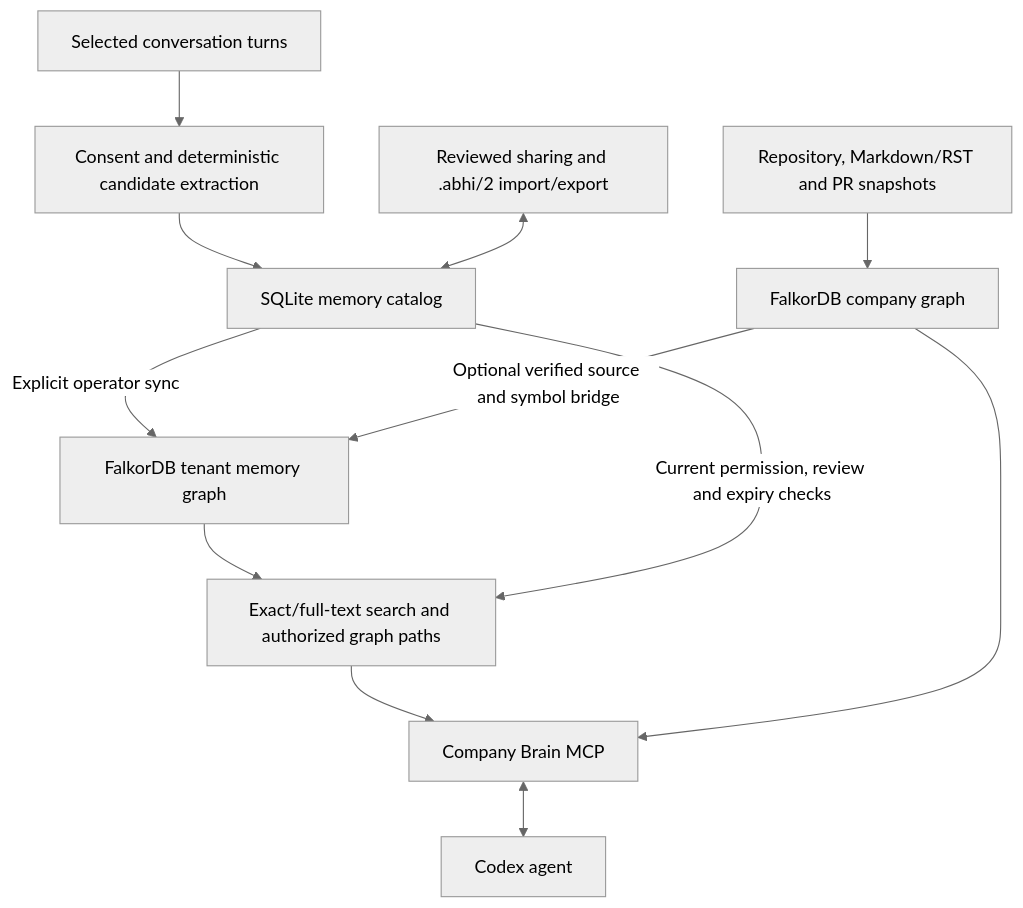
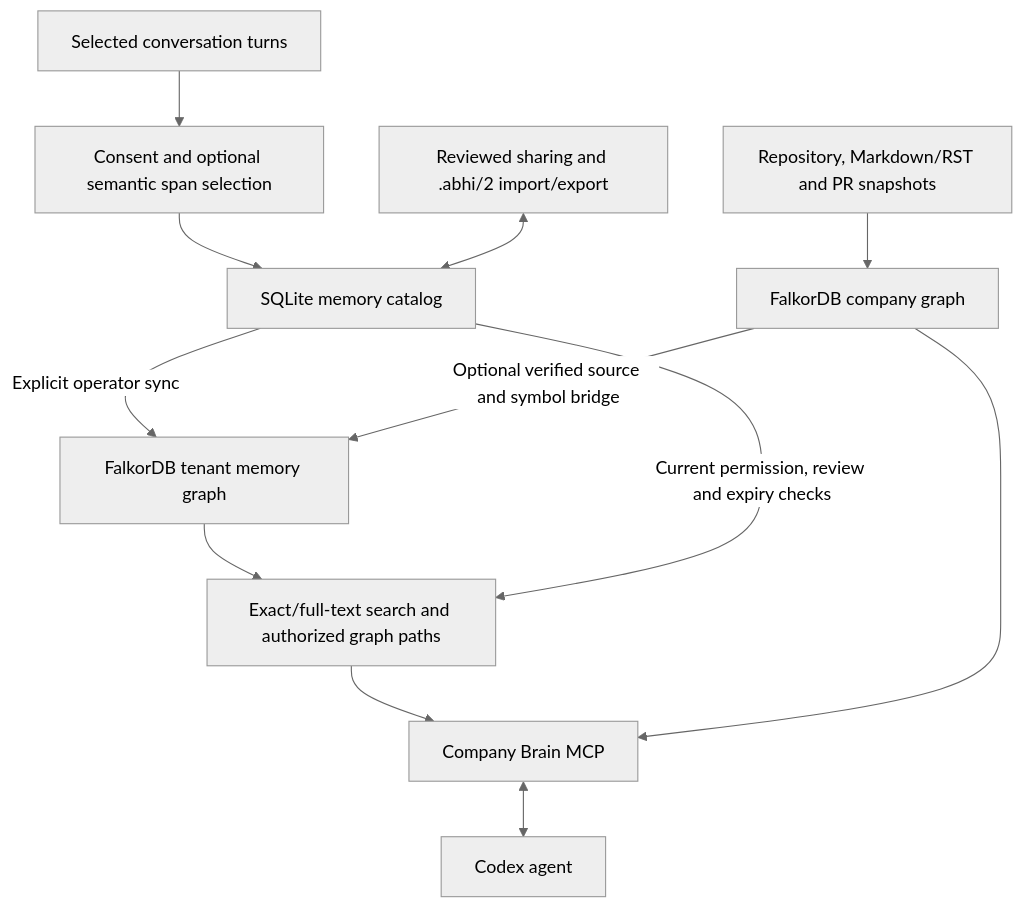
The diagram in README.md (Abhigyan-Shekhar/bigyahu-brain), drawn with Mermaid (neutral theme) before and after one commit. The commit also changed other lines of this file and 41 other files, not shown here.

Commit message:
Integrate Graphify extraction and demonstrate the three-brain agent flow

````diff
--- a/README.md
+++ b/README.md
@@ -15,14 +15,14 @@
 ```mermaid
 flowchart TD
-    A[Selected conversation turns] --> B[Consent and deterministic candidate extraction]
+    A[Selected conversation turns] --> B[Consent and optional semantic span selection]
     B --> C[SQLite memory catalog]
     D[Reviewed sharing and .abhi/2 import/export] <--> C
     C -->|Explicit operator sync| E[FalkorDB tenant memory graph]
     F[Repository, Markdown/RST and PR snapshots] --> G[FalkorDB company graph]
     G -->|Optional verified source and symbol bridge| E
     E --> H[Exact/full-text search and authorized graph paths]
     C -->|Current permission, review and expiry checks| H
     H --> I[Company Brain MCP]
     G --> I
     I <--> J[Codex agent]
 ```
````
